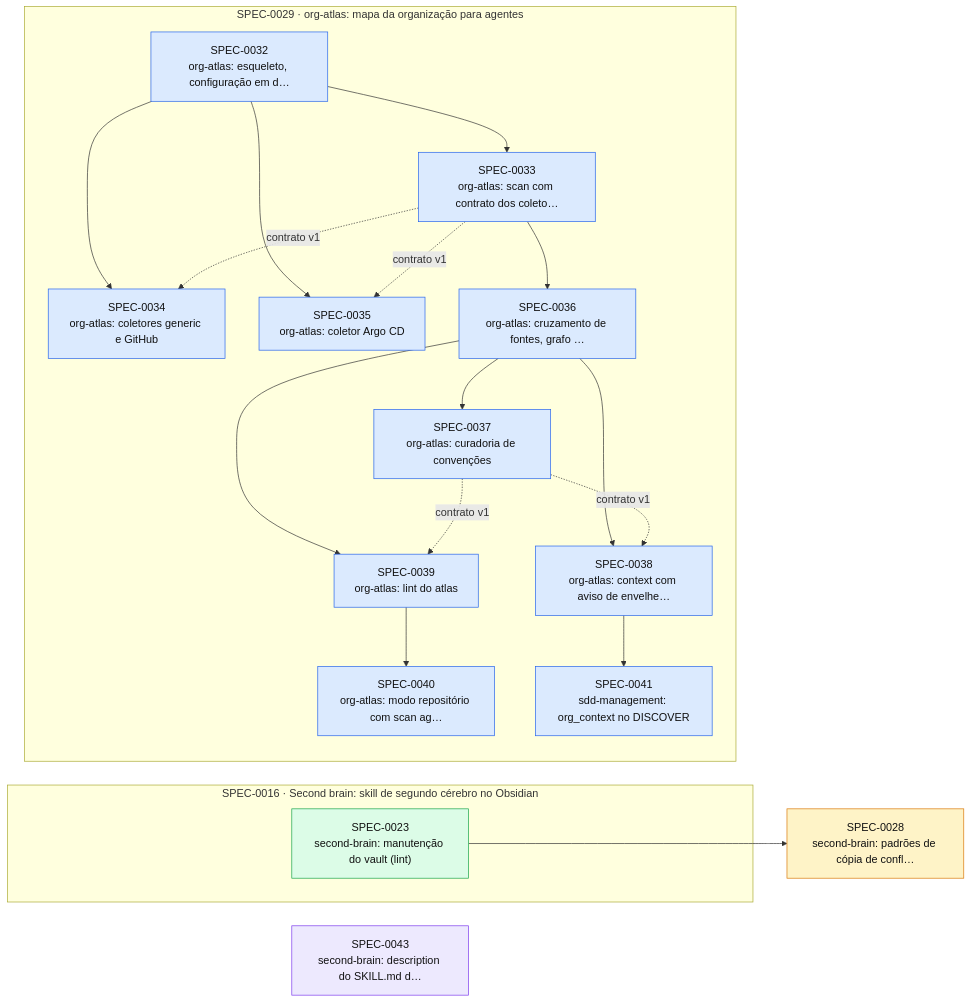
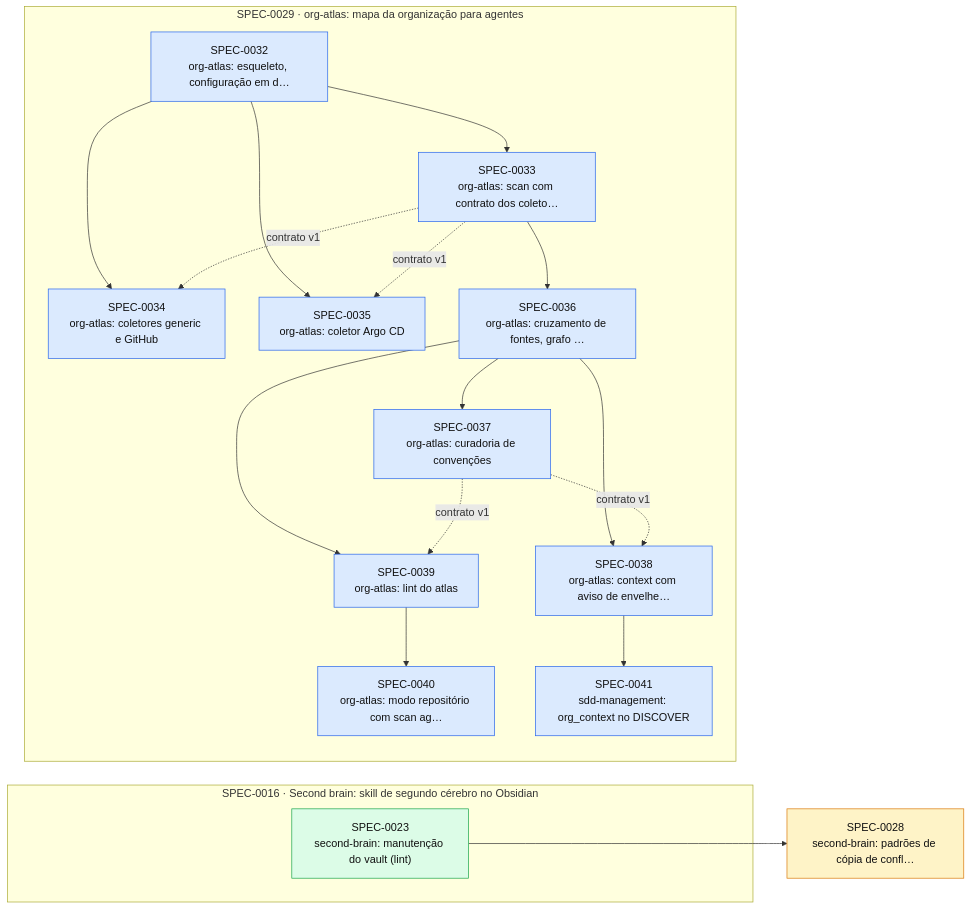
The diagram in docs/specs/INDEX.md (thomasravache/ai-dev-brain), drawn with Mermaid before and after one commit. The commit also changed other lines of this file and 1 other file, not shown here.

First line of the commit message:
docs(specs): G7 e fechamento da SPEC-0043

````diff
--- a/docs/specs/INDEX.md
+++ b/docs/specs/INDEX.md
@@ -59,39 +58,38 @@
 ```mermaid
 flowchart LR
   S0028["SPEC-0028<br/>second-brain: padrões de cópia de confl…"]:::proposed
-  S0043["SPEC-0043<br/>second-brain: description do SKILL.md d…"]:::inprogress
   subgraph E0016["SPEC-0016 · Second brain: skill de segundo cérebro no Obsidian"]
     S0023["SPEC-0023<br/>second-brain: manutenção do vault (lint)"]:::implemented
   end
   subgraph E0029["SPEC-0029 · org-atlas: mapa da organização para agentes"]
     S0032["SPEC-0032<br/>org-atlas: esqueleto, configuração em d…"]:::approved
     S0033["SPEC-0033<br/>org-atlas: scan com contrato dos coleto…"]:::approved
     S0034["SPEC-0034<br/>org-atlas: coletores generic e GitHub"]:::approved
     S0035["SPEC-0035<br/>org-atlas: coletor Argo CD"]:::approved
     S0036["SPEC-0036<br/>org-atlas: cruzamento de fontes, grafo …"]:::approved
     S0037["SPEC-0037<br/>org-atlas: curadoria de convenções"]:::approved
     S0038["SPEC-0038<br/>org-atlas: context com aviso de envelhe…"]:::approved
     S0039["SPEC-0039<br/>org-atlas: lint do atlas"]:::approved
     S0040["SPEC-0040<br/>org-atlas: modo repositório com scan ag…"]:::approved
     S0041["SPEC-0041<br/>sdd-management: org_context no DISCOVER"]:::approved
   end
   S0023 --> S0028
   S0032 --> S0033
   S0032 --> S0034
   S0033 -. contrato v1 .-> S0034
   S0032 --> S0035
   S0033 -. contrato v1 .-> S0035
   S0033 --> S0036
   S0036 --> S0037
   S0036 --> S0038
   S0037 -. contrato v1 .-> S0038
   S0036 --> S0039
   S0037 -. contrato v1 .-> S0039
   S0039 --> S0040
   S0038 --> S0041
   classDef proposed fill:#fef3c7,stroke:#d97706,color:#111
   classDef approved fill:#dbeafe,stroke:#2563eb,color:#111
   classDef inprogress fill:#ede9fe,stroke:#7c3aed,color:#111
   classDef implemented fill:#dcfce7,stroke:#16a34a,color:#111
   classDef deprecated fill:#f3f4f6,stroke:#9ca3af,color:#6b7280
 ```
````
